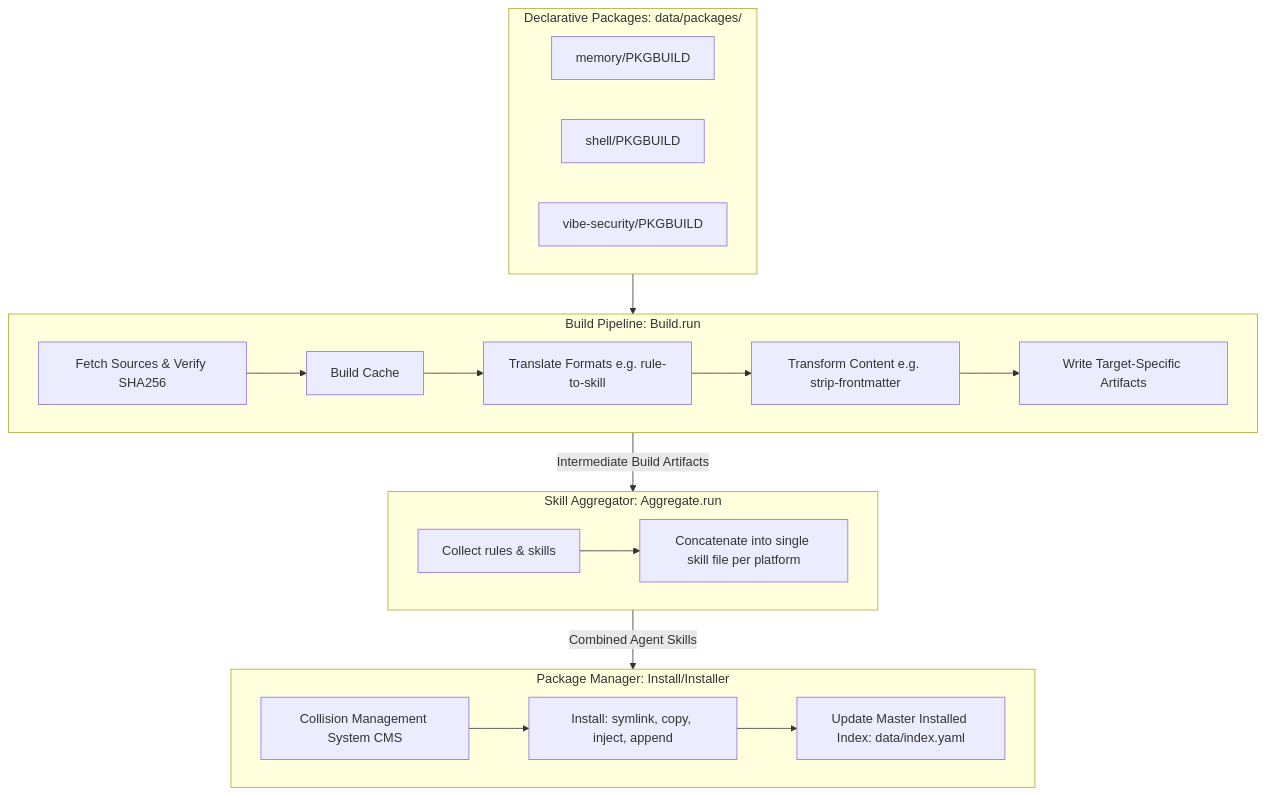
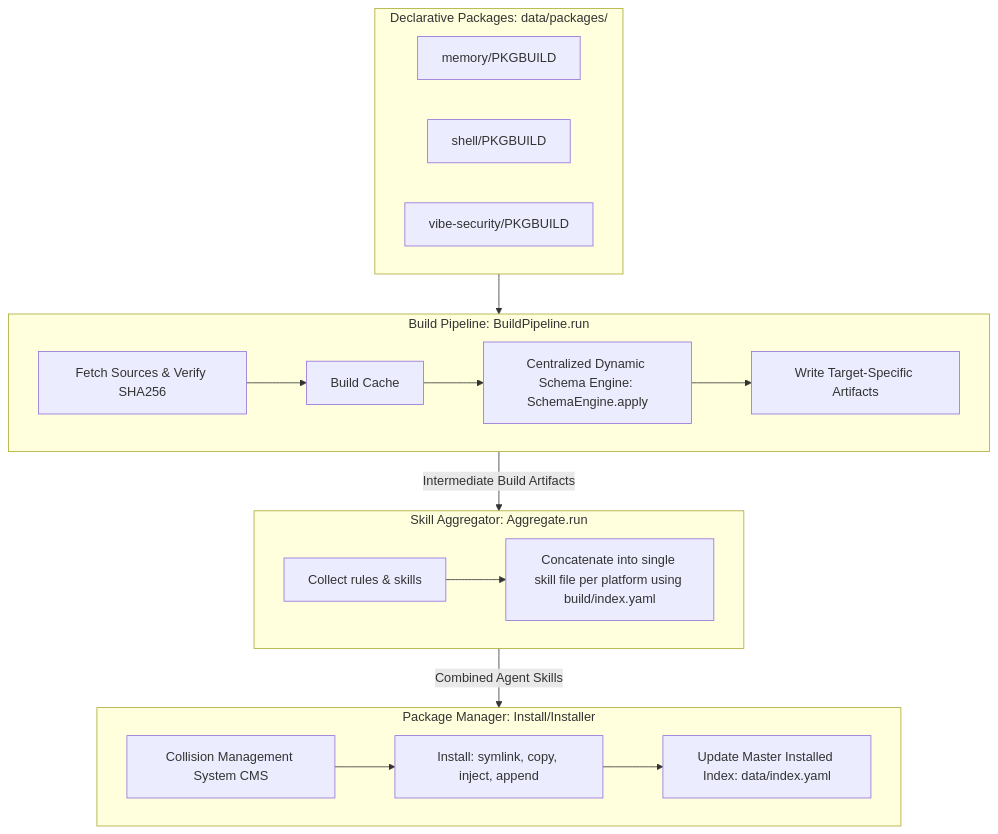
One commit to ozgurulukir/agent-rule-sync changed the diagram in AGENTS.md. Above: the diagram before and after it, drawn with Mermaid. The commit also changed other lines of this file and 1 other file, not shown here.

Commit message:
docs: update developer guide and readme to reflect dynamic schema-driven sequential pipeline

````diff
--- a/AGENTS.md
+++ b/AGENTS.md
@@ -30,28 +30,27 @@
 ```mermaid
 graph TD
     subgraph PKG [Declarative Packages: data/packages/]
         M[memory/PKGBUILD]
         S[shell/PKGBUILD]
         V[vibe-security/PKGBUILD]
     end
 
-    subgraph BLD [Build Pipeline: Build.run]
+    subgraph BLD [Build Pipeline: BuildPipeline.run]
         F[Fetch Sources & Verify SHA256] --> C[Build Cache]
-        C --> TL[Translate Formats e.g. rule-to-skill]
-        TL --> TR[Transform Content e.g. strip-frontmatter]
-        TR --> W[Write Target-Specific Artifacts]
+        C --> SE[Centralized Dynamic Schema Engine: SchemaEngine.apply]
+        SE --> W[Write Target-Specific Artifacts]
     end
 
     subgraph AGG [Skill Aggregator: Aggregate.run]
-        SA[Collect rules & skills] --> CA[Concatenate into single skill file per platform]
+        SA[Collect rules & skills] --> CA[Concatenate into single skill file per platform using build/index.yaml]
     end
 
     subgraph INST [Package Manager: Install/Installer]
         CMS[Collision Management System CMS] --> INS[Install: symlink, copy, inject, append]
         INS --> IDX[Update Master Installed Index: data/index.yaml]
     end
 
     PKG --> BLD
     BLD -->|Intermediate Build Artifacts| AGG
     AGG -->|Combined Agent Skills| INST
 ```
````
